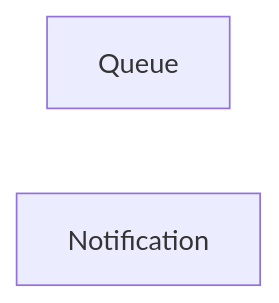
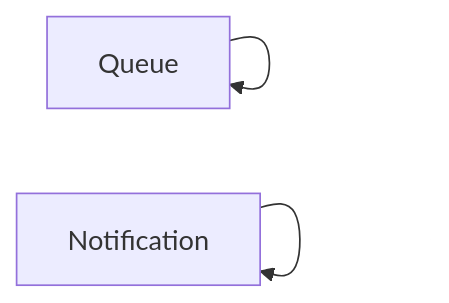
The fourth of 4 diagrams in docs/index.mdx (getnoops/landing), drawn with Mermaid before and after one commit. The commit also changed other lines of this file and 2 other files, not shown here.

````diff
--- a/docs/index.mdx
+++ b/docs/index.mdx
@@ -71,6 +98,8 @@
-  ```mermaid
-  flowchart LR
-  queue["Queue"]
+```mermaid
+flowchart LR
+queue["Queue"]
+queue --> queue
 
-  notification["Notification"]
-  ```
+notification["Notification"]
+notification --> notification
+```
````
